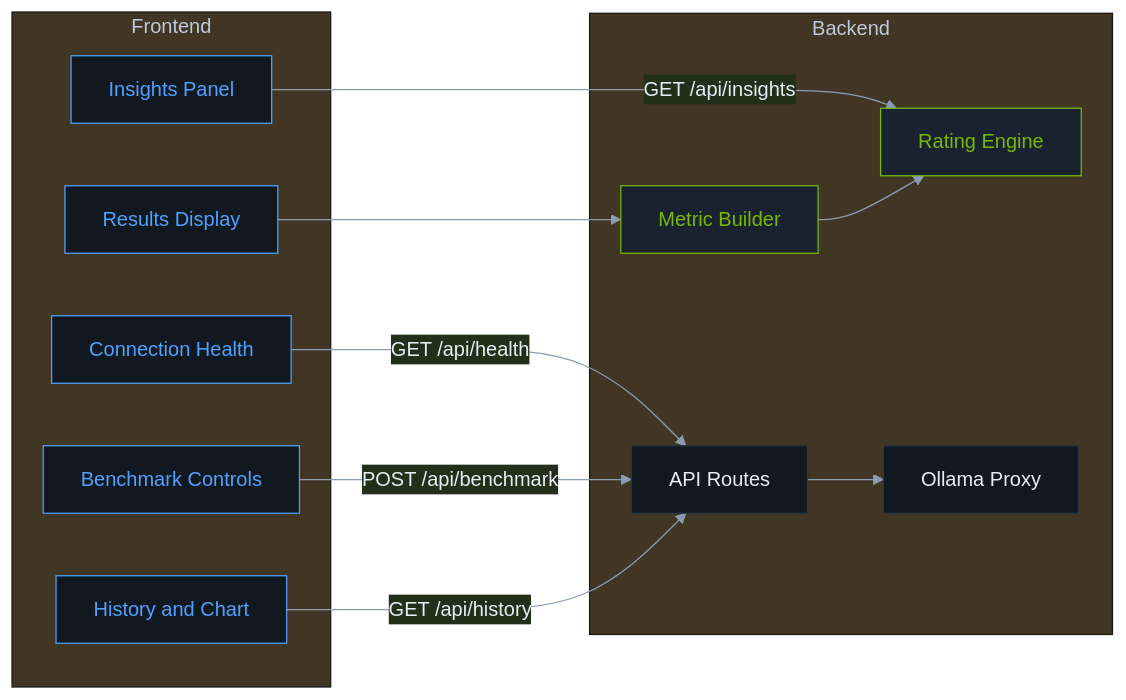
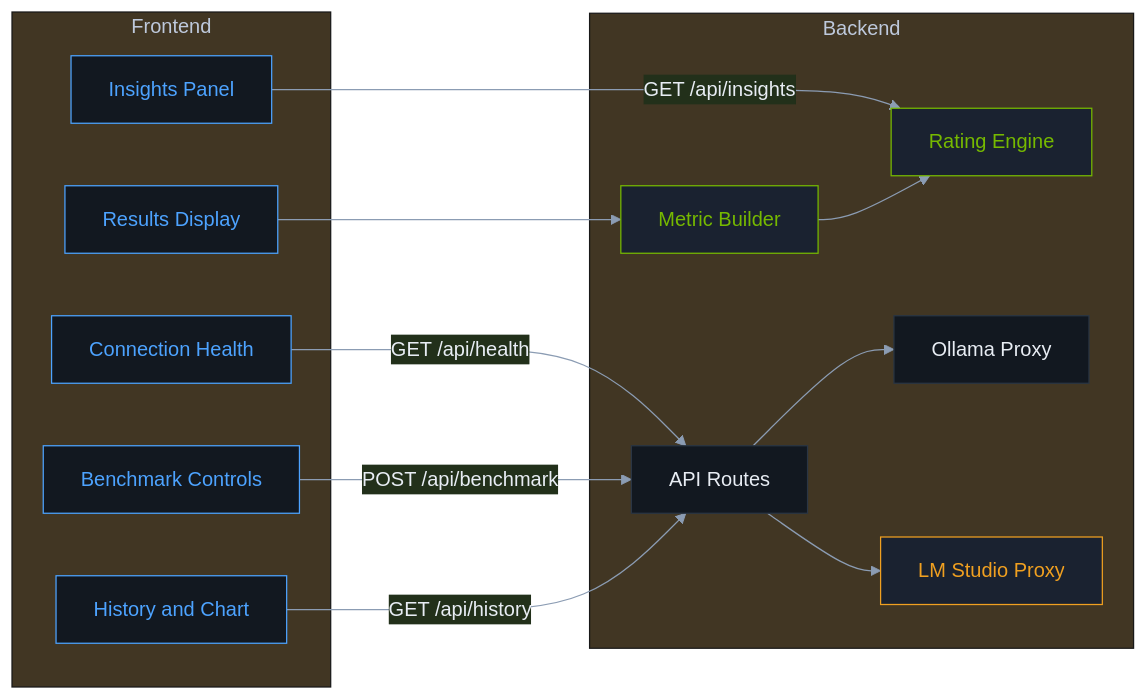
Before and after one commit to vampokala/llm-dashboard: the second of 12 diagrams in DOCUMENTATION.md, drawn with Mermaid. The commit also changed other lines of this file and 3 other files, not shown here.

````diff
--- a/DOCUMENTATION.md
+++ b/DOCUMENTATION.md
@@ -135,34 +148,38 @@
 ```mermaid
 %%{init: {"theme": "base", "themeVariables": {"primaryColor": "#1a2230", "primaryTextColor": "#e8edf4", "primaryBorderColor": "#2a3544", "lineColor": "#8b9cb3"}}}%%
 flowchart LR
     subgraph Frontend["Frontend"]
         A["Connection Health"]
         B["Benchmark Controls"]
         C["Results Display"]
         D["History and Chart"]
         E["Insights Panel"]
     end
 
     subgraph Backend["Backend"]
         F["API Routes"]
         G["Metric Builder"]
         H["Rating Engine"]
         I["Ollama Proxy"]
+        J["LM Studio Proxy"]
     end
 
     A -->|"GET /api/health"| F
     B -->|"POST /api/benchmark"| F
     C --> G
     D -->|"GET /api/history"| F
     E -->|"GET /api/insights"| H
     F --> I
+    F --> J
     G --> H
 
     classDef info fill:#121820,stroke:#4da3ff,color:#4da3ff
     classDef accent fill:#1a2230,stroke:#76b900,color:#76b900
     classDef surface fill:#121820,stroke:#2a3544,color:#e8edf4
+    classDef warn fill:#1a2230,stroke:#f0a020,color:#f0a020
 
     class A,B,C,D,E info
     class F,I surface
     class G,H accent
+    class J warn
 ```
````
